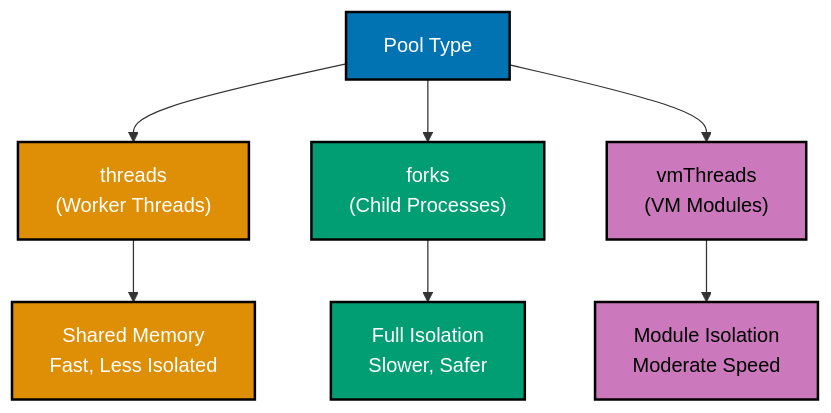
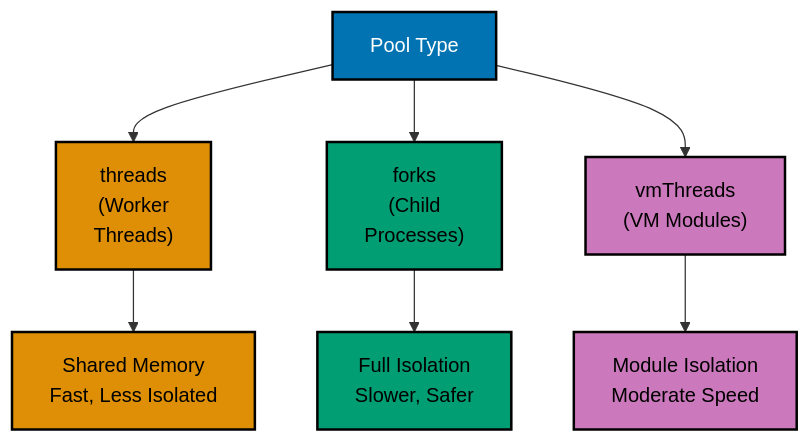
One commit to wahidyankf/ose-public changed the fourth of 9 diagrams in apps/ayokoding-www/content/en/learn/legacy/software-engineering/automation-testing/tools/vitest/by-example/advanced.md. Above: the diagram before and after it, drawn with Mermaid. The commit also changed other lines of this file and 131 other files, not shown here.

First line of the commit message:
fix(mermaid): bring the legacy data, infrastructure, and testing diagrams onto the accessible palette

````diff
--- a/apps/ayokoding-www/content/en/learn/legacy/software-engineering/automation-testing/tools/vitest/by-example/advanced.md
+++ b/apps/ayokoding-www/content/en/learn/legacy/software-engineering/automation-testing/tools/vitest/by-example/advanced.md
@@ -484,18 +508,25 @@
 ```mermaid
 %% Color Palette: Blue #0173B2, Orange #DE8F05, Teal #029E73, Purple #CC78BC, Brown #CA9161
 graph TD
-    A["Pool Type"] --> B["threads<br/>#40;Worker Threads#41;"]
-    A --> C["forks<br/>#40;Child Processes#41;"]
+    accTitle: Example 65: Pool Configuration
+    accDescr: Graph with 7 nodes and 6 connections. Nodes: Pool Type, threads 40Worker Threads41, forks 40Child Processes41, vmThreads 40VM Modules41, Shared Memory Fast, Less Isolated, Full Isolation Slower, Safer, Module Isolation Moderate Speed. Connections: Pool Type to threads 40Worker Threads41, Pool Type to forks 40Child Processes41, Pool Type to vmThreads 40VM Modules41, threads 40Worker Threads41 to Shared Memory Fast, Less Isolated, forks 40Child Processes41 to Full Isolation Slower, Safer, vmThreads 40VM Modules41 to Module Isolation Moderate Speed.
+    A["Pool Type"] --> B["threads<br/>#40;Worker<br/>Threads#41;"]
+    A --> C["forks<br/>#40;Child<br/>Processes#41;"]
     A --> D["vmThreads<br/>#40;VM Modules#41;"]
     B --> E["Shared Memory<br/>Fast, Less Isolated"]
     C --> F["Full Isolation<br/>Slower, Safer"]
     D --> G["Module Isolation<br/>Moderate Speed"]
 
-    style A fill:#0173B2,stroke:#000000,stroke-width:2px,color:#fff
-    style B fill:#DE8F05,stroke:#000000,stroke-width:2px,color:#fff
-    style C fill:#029E73,stroke:#000000,stroke-width:2px,color:#fff
-    style D fill:#CC78BC,stroke:#000000,stroke-width:2px,color:#000
-    style E fill:#DE8F05,stroke:#000000,stroke-width:2px,color:#fff
-    style F fill:#029E73,stroke:#000000,stroke-width:2px,color:#fff
-    style G fill:#CC78BC,stroke:#000000,stroke-width:2px,color:#000
+    classDef pal-0173B2 fill:#0173B2,stroke:#000000,color:#FFFFFF,stroke-width:2px
+    class A pal-0173B2
+    classDef pal-DE8F05 fill:#DE8F05,stroke:#000000,color:#000000,stroke-width:2px
+    class B pal-DE8F05
+    classDef pal-029E73 fill:#029E73,stroke:#000000,color:#000000,stroke-width:2px
+    class C pal-029E73
+    classDef pal-CC78BC fill:#CC78BC,stroke:#000000,color:#000000,stroke-width:2px
+    class D pal-CC78BC
+    class E pal-DE8F05
+    class F pal-029E73
+    class G pal-CC78BC
+    classDef default fill:#FFFFFF,stroke:#000000,color:#000000
 ```
````
